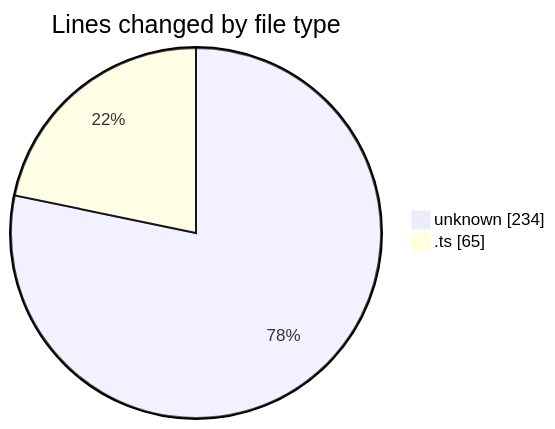
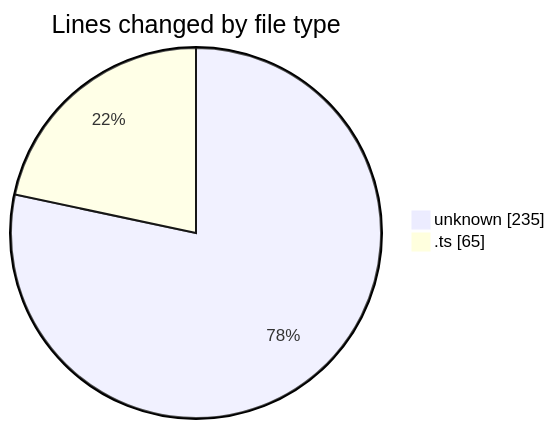
The first of 2 diagrams in 2025-05-17/niten/README.md (Elitesun/code-tracking), drawn with Mermaid before and after one commit. The commit also changed other lines of this file and 1 other file, not shown here.

````diff
--- a/2025-05-17/niten/README.md
+++ b/2025-05-17/niten/README.md
@@ -22,6 +22,6 @@
 ```mermaid
 pie showData
 title Lines changed by file type
-"unknown" : 234
+"unknown" : 235
 ".ts" : 65
 ```
````
